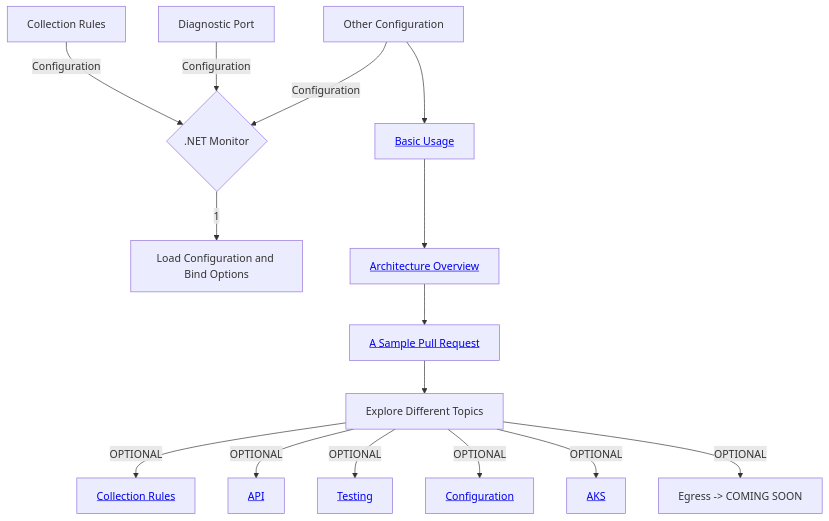
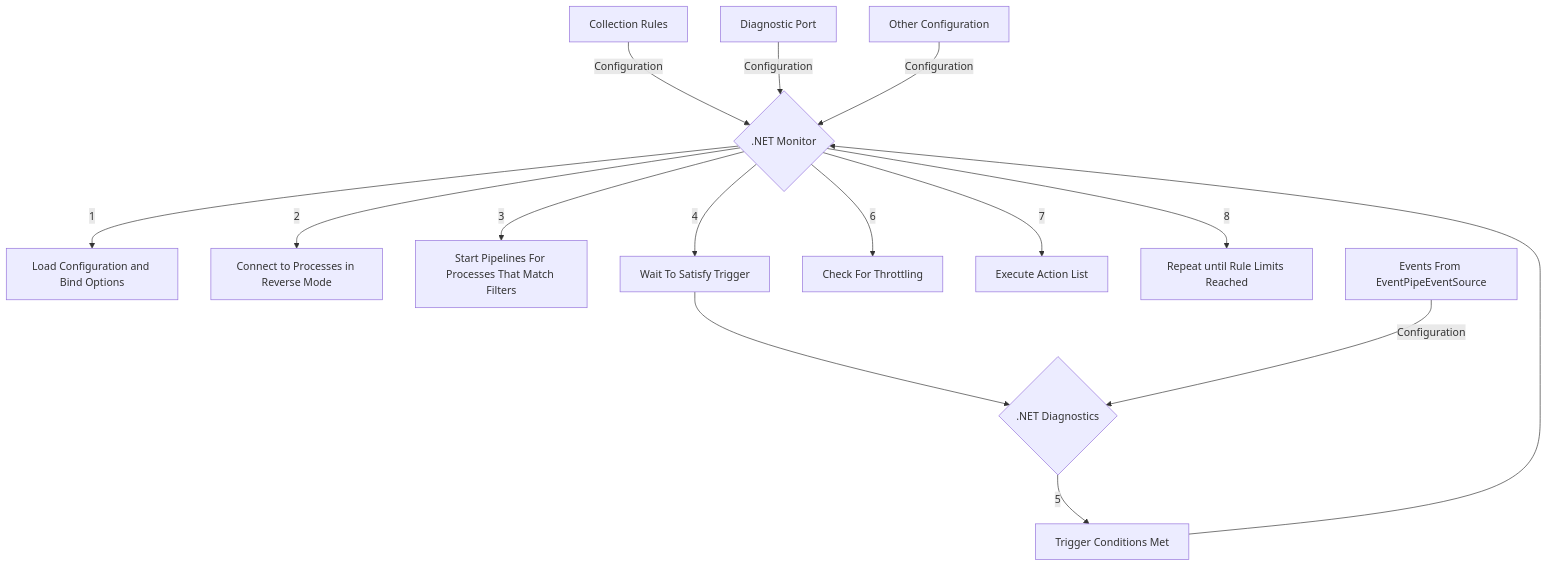
One commit to dotnet/dotnet-monitor changed the diagram in documentation/learningPath/collectionrules.md. Above: the diagram before and after it, drawn with Mermaid.

````diff
--- a/documentation/learningPath/collectionrules.md
+++ b/documentation/learningPath/collectionrules.md
@@ -20,17 +20,19 @@
 ```mermaid
 graph TD
     A[Collection Rules] --> |Configuration| N{.NET Monitor}
     B[Diagnostic Port] --> |Configuration| N{.NET Monitor}
     C[Other Configuration] --> |Configuration| N{.NET Monitor}
-    N --> |1| O[Load Configuration and Bind Options]    
-    C --> D[<a href='https://github.com/dotnet/dotnet-monitor/blob/main/documentation/learningPath/basic-usage.md'>Basic Usage</a>]
-    D --> E[<a href='https://github.com/dotnet/dotnet-monitor/blob/main/documentation/learningPath/architecture.md'>Architecture Overview</a>]
-    E --> F[<a href='https://github.com/dotnet/dotnet-monitor/blob/main/documentation/learningPath/sample-pull-request.md'>A Sample Pull Request</a>]
-    F --> G[Explore Different Topics]
-    G --> |OPTIONAL| H[<a href='https://github.com/dotnet/dotnet-monitor/blob/main/documentation/learningPath/collectionrules.md'>Collection Rules</a>]
-    G --> |OPTIONAL| I[<a href='https://github.com/dotnet/dotnet-monitor/blob/main/documentation/learningPath/api.md'>API</a>]
-    G --> |OPTIONAL| J[<a href='https://github.com/dotnet/dotnet-monitor/blob/main/documentation/learningPath/testing.md'>Testing</a>]
-    G --> |OPTIONAL| K[<a href='https://github.com/dotnet/dotnet-monitor/blob/main/documentation/learningPath/configuration.md'>Configuration</a>]
-    G --> |OPTIONAL| L[<a href='https://github.com/dotnet/dotnet-monitor/blob/main/documentation/learningPath/aks.md'>AKS</a>]
-    G --> |OPTIONAL| M[Egress -> COMING SOON]
+    N --> |1| O[Load Configuration and Bind Options]
+    N --> |2| P[Connect to Processes in Reverse Mode]    
+    N --> |3| Q[Start Pipelines For Processes That Match Filters]
+    N --> |4| R[Wait To Satisfy Trigger]
+    R --> U
+    U --> |5| S[Trigger Conditions Met]
+    S --> N
+    N --> |6| V[Check For Throttling]
+    N --> |7| W[Execute Action List]
+    N --> |8| X[Repeat until Rule Limits Reached]
+
+
+    T[Events From EventPipeEventSource] --> |Configuration| U{.NET Diagnostics}
 ```
````
